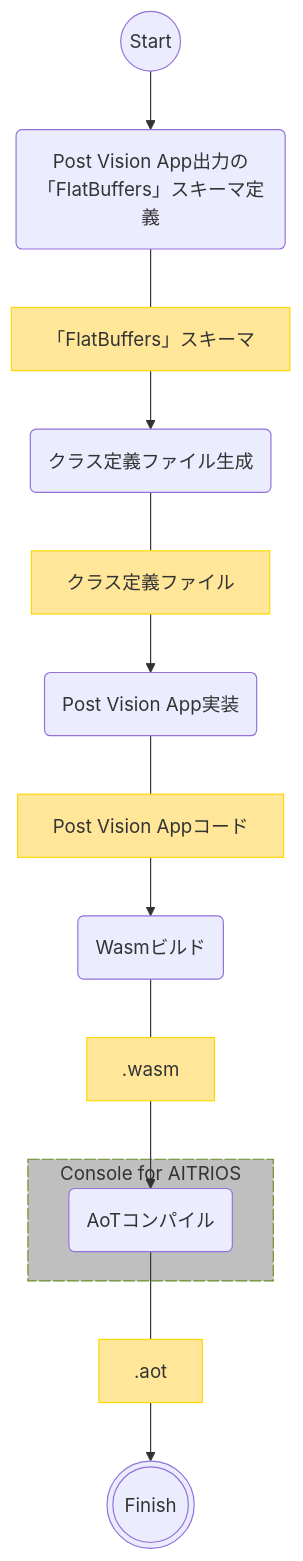
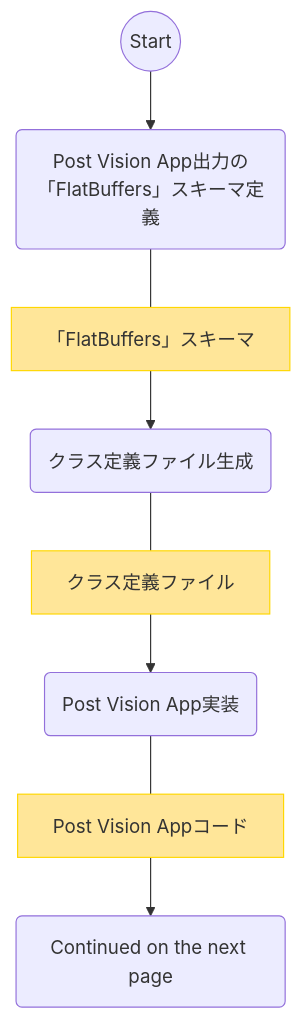
Before and after one commit to ZucchiniTang/aitrios-sdk-vision-sensing-app: the second of 3 diagrams in docs/development-docs/AsciiDoc/VisionandSensingApplicationSDK_FuncSpec_PostVisionApp_ja.adoc, drawn with Mermaid. The commit also changed other lines of this file and 200 other files, not shown here.

```diff
--- a/docs/development-docs/AsciiDoc/VisionandSensingApplicationSDK_FuncSpec_PostVisionApp_ja.adoc
+++ b/docs/development-docs/AsciiDoc/VisionandSensingApplicationSDK_FuncSpec_PostVisionApp_ja.adoc
@@ -86,35 +104,24 @@
 [mermaid]
 ----
 flowchart TD
     %% definition
     classDef object fill:#FFE699, stroke:#FFD700
-    style console fill:#BFBFBF, stroke:#6b8e23, stroke-dasharray: 10 2
 
     start((Start))
     id1("Post Vision App出力の「FlatBuffers」スキーマ定義")
     id2(クラス定義ファイル生成)
     id3(Post Vision App実装)
-    id4(Wasmビルド)
-    subgraph console["Console for AITRIOS"]
-    id5(AoTコンパイル)
-    end
     data1["「FlatBuffers」スキーマ"]:::object
     data2[クラス定義ファイル]:::object
     data3[Post Vision Appコード]:::object
-    data4[.wasm]:::object
-    data5[.aot]:::object
-    finish(((Finish)))
+    continue("Continued on the next page")
 
     %% impl
     start --> id1
     id1 --- data1
     data1 --> id2
     id2 --- data2
     data2 --> id3
     id3 --- data3
-    data3 --> id4
-    id4 --- data4
-    data4 --> id5
-    id5 --- data5
-    data5 --> finish
+    data3 --> continue
 ----
```
